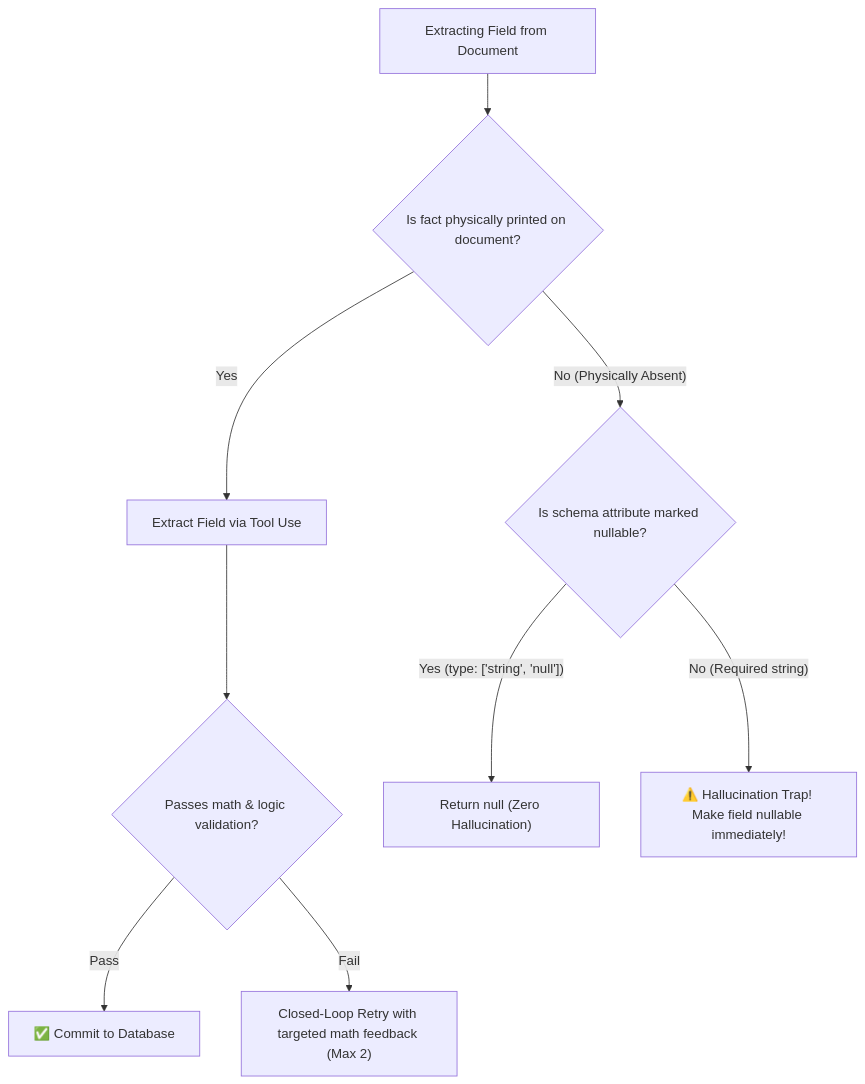
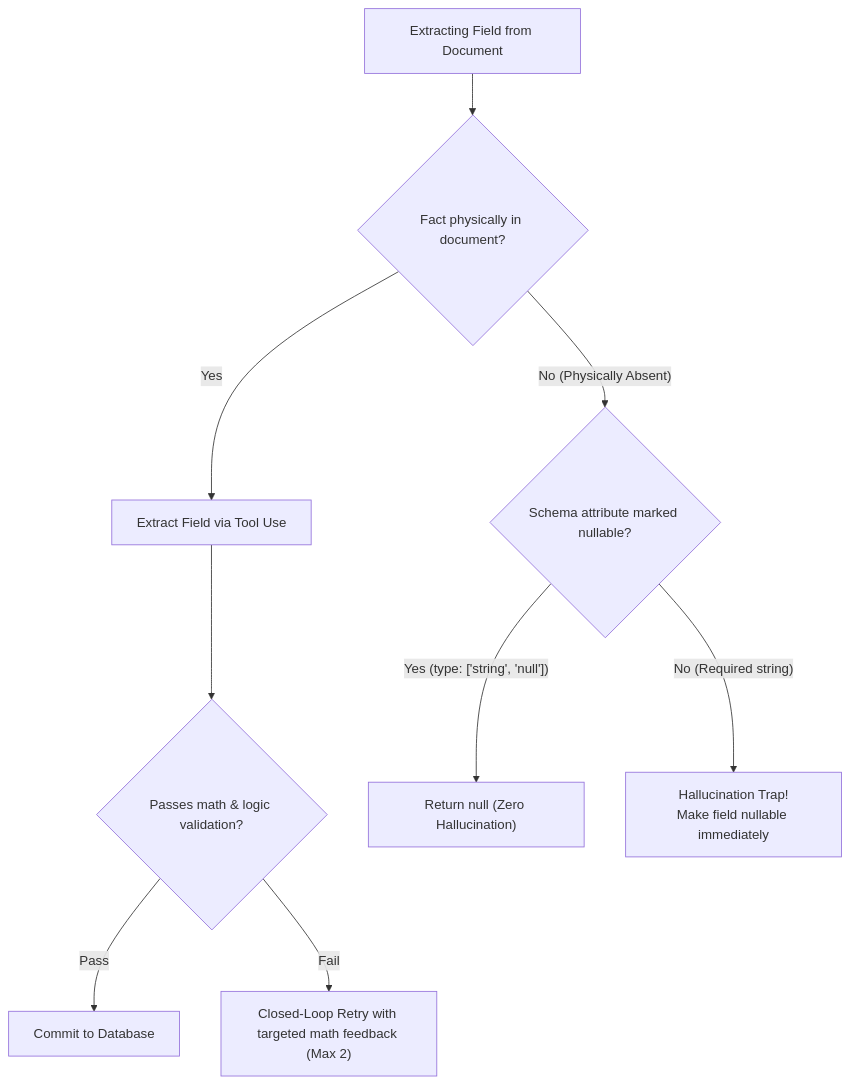
Before and after one commit to dip4k/claude_cert_architect_foundation_prep: the third of 6 diagrams in scenarios/MASTER_SCENARIO_PRACTICE.md, drawn with Mermaid. The commit also changed other lines of this file and 30 other files, not shown here.

Commit message:
docs: enhance domain and scenario guides with exam rules, golden rules, and simplified GitHub mermaid diagrams

````diff
--- a/scenarios/MASTER_SCENARIO_PRACTICE.md
+++ b/scenarios/MASTER_SCENARIO_PRACTICE.md
@@ -72,13 +72,13 @@
 ```mermaid
 flowchart TD
-    ExtractDoc["Extracting Field from Document"] --> FactPresent{"Is fact physically printed on document?"}
+    ExtractDoc["Extracting Field from Document"] --> FactPresent{"Fact physically in document?"}
     
     FactPresent -- "Yes" --> ExtractField["Extract Field via Tool Use"]
     ExtractField --> MathCheck{"Passes math & logic validation?"}
-    MathCheck -- "Pass" --> Commit["✅ Commit to Database"]
+    MathCheck -- "Pass" --> Commit["Commit to Database"]
     MathCheck -- "Fail" --> Retry["Closed-Loop Retry with targeted math feedback (Max 2)"]
     
-    FactPresent -- "No (Physically Absent)" --> NullableCheck{"Is schema attribute marked nullable?"}
+    FactPresent -- "No (Physically Absent)" --> NullableCheck{"Schema attribute marked nullable?"}
     NullableCheck -- "Yes (type: ['string', 'null'])" --> ReturnNull["Return null (Zero Hallucination)"]
-    NullableCheck -- "No (Required string)" --> Trap["⚠️ Hallucination Trap! Make field nullable immediately!"]
+    NullableCheck -- "No (Required string)" --> Trap["Hallucination Trap!<br/>Make field nullable immediately"]
 ```
````
